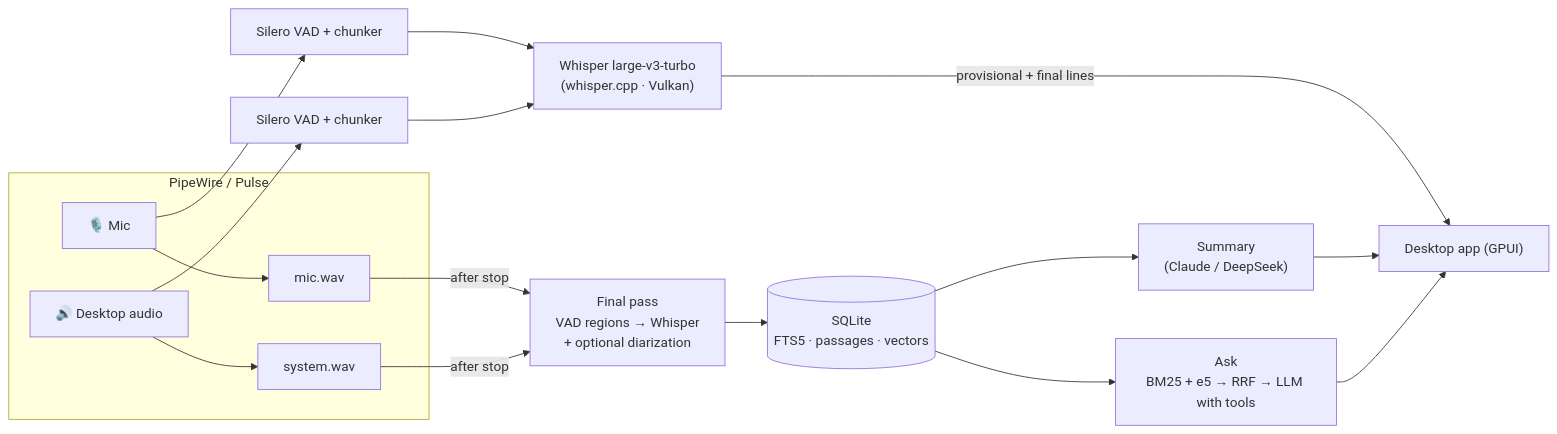
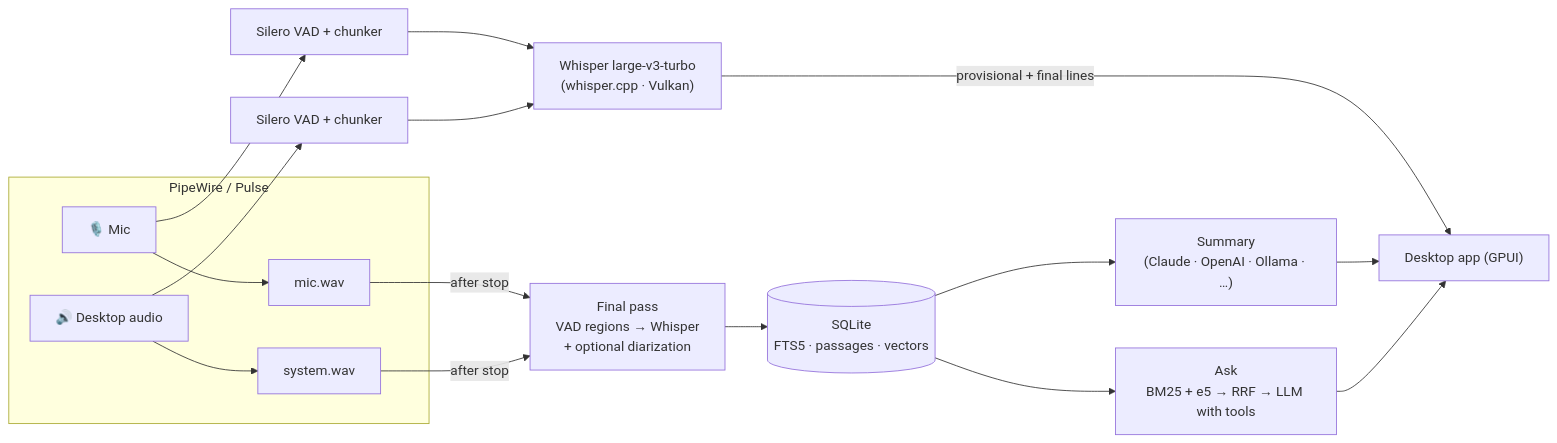
Before and after one commit to Mostaxd/Mostalgia: the diagram in README.md, drawn with Mermaid. The commit also changed other lines of this file and 21 other files, not shown here.

````diff
--- a/README.md
+++ b/README.md
@@ -150,16 +159,16 @@
 ```mermaid
 flowchart LR
   subgraph Capture["PipeWire / Pulse"]
     MIC["🎙️ Mic"] --> CM["mic.wav"]
     SYS["🔊 Desktop audio"] --> CS["system.wav"]
   end
   MIC --> VAD1["Silero VAD + chunker"]
   SYS --> VAD2["Silero VAD + chunker"]
   VAD1 & VAD2 --> W["Whisper large-v3-turbo<br/>(whisper.cpp · Vulkan)"]
   W -->|"provisional + final lines"| UI["Desktop app (GPUI)"]
   CM & CS -->|"after stop"| FP["Final pass<br/>VAD regions → Whisper<br/>+ optional diarization"]
   FP --> DB[("SQLite<br/>FTS5 · passages · vectors")]
-  DB --> SUM["Summary<br/>(Claude / DeepSeek)"]
+  DB --> SUM["Summary<br/>(Claude · OpenAI · Ollama · …)"]
   DB --> ASK["Ask<br/>BM25 + e5 → RRF → LLM with tools"]
   SUM & ASK --> UI
 ```
````
